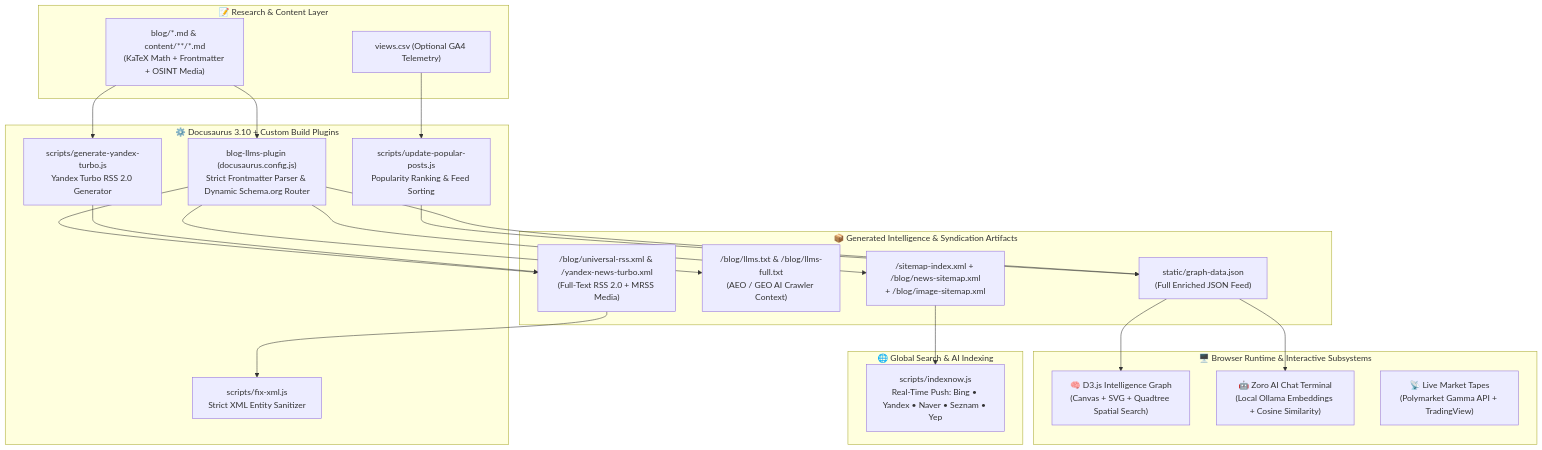
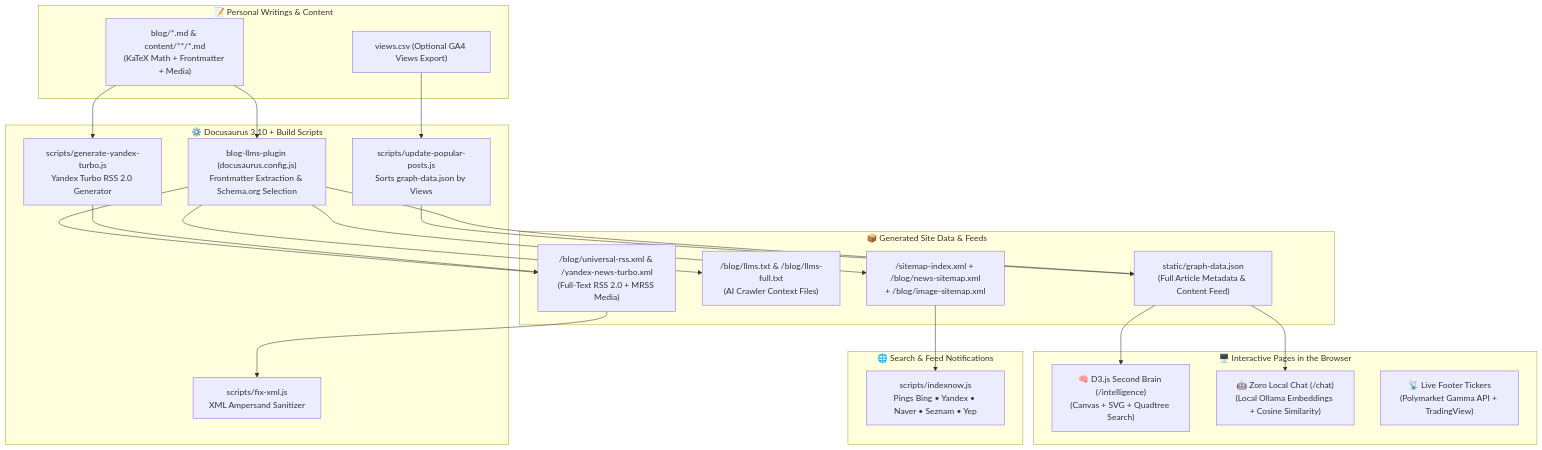
The diagram in README.md (khalid-naami/khalid-naami.github.io), drawn with Mermaid before and after one commit. The commit also changed other lines of this file, not shown here.

````diff
--- a/README.md
+++ b/README.md
@@ -95,44 +95,44 @@
 ```mermaid
 flowchart TD
-    subgraph Content["📝 Research & Content Layer"]
-        MD["blog/*.md & content/**/*.md\n(KaTeX Math + Frontmatter + OSINT Media)"]
-        CSV["views.csv (Optional GA4 Telemetry)"]
+    subgraph Content["📝 Personal Writings & Content"]
+        MD["blog/*.md & content/**/*.md\n(KaTeX Math + Frontmatter + Media)"]
+        CSV["views.csv (Optional GA4 Views Export)"]
     end
 
-    subgraph BuildEngine["⚙️ Docusaurus 3.10 + Custom Build Plugins"]
-        Plugin["blog-llms-plugin (docusaurus.config.js)\nStrict Frontmatter Parser & Dynamic Schema.org Router"]
-        Popular["scripts/update-popular-posts.js\nPopularity Ranking & Feed Sorting"]
+    subgraph BuildEngine["⚙️ Docusaurus 3.10 + Build Scripts"]
+        Plugin["blog-llms-plugin (docusaurus.config.js)\nFrontmatter Extraction & Schema.org Selection"]
+        Popular["scripts/update-popular-posts.js\nSorts graph-data.json by Views"]
         Turbo["scripts/generate-yandex-turbo.js\nYandex Turbo RSS 2.0 Generator"]
-        XMLFix["scripts/fix-xml.js\nStrict XML Entity Sanitizer"]
+        XMLFix["scripts/fix-xml.js\nXML Ampersand Sanitizer"]
     end
 
-    subgraph GeneratedArtifacts["📦 Generated Intelligence & Syndication Artifacts"]
-        GraphJSON["static/graph-data.json\n(Full Enriched JSON Feed)"]
-        LLMsTxt["/blog/llms.txt & /blog/llms-full.txt\n(AEO / GEO AI Crawler Context)"]
+    subgraph GeneratedArtifacts["📦 Generated Site Data & Feeds"]
+        GraphJSON["static/graph-data.json\n(Full Article Metadata & Content Feed)"]
+        LLMsTxt["/blog/llms.txt & /blog/llms-full.txt\n(AI Crawler Context Files)"]
         RSS["/blog/universal-rss.xml & /yandex-news-turbo.xml\n(Full-Text RSS 2.0 + MRSS Media)"]
         Sitemaps["/sitemap-index.xml + /blog/news-sitemap.xml\n+ /blog/image-sitemap.xml"]
     end
 
-    subgraph ClientRuntime["🖥️ Browser Runtime & Interactive Subsystems"]
-        Brain["🧠 D3.js Intelligence Graph\n(Canvas + SVG + Quadtree Spatial Search)"]
-        RAG["🤖 Zoro AI Chat Terminal\n(Local Ollama Embeddings + Cosine Similarity)"]
-        Tapes["📡 Live Market Tapes\n(Polymarket Gamma API + TradingView)"]
+    subgraph BrowserRuntime["🖥️ Interactive Pages in the Browser"]
+        Brain["🧠 D3.js Second Brain (/intelligence)\n(Canvas + SVG + Quadtree Search)"]
+        RAG["🤖 Zoro Local Chat (/chat)\n(Local Ollama Embeddings + Cosine Similarity)"]
+        Tapes["📡 Live Footer Tickers\n(Polymarket Gamma API + TradingView)"]
     end
 
-    subgraph Syndication["🌐 Global Search & AI Indexing"]
-        IndexNow["scripts/indexnow.js\nReal-Time Push: Bing • Yandex • Naver • Seznam • Yep"]
+    subgraph Indexing["🌐 Search & Feed Notifications"]
+        IndexNow["scripts/indexnow.js\nPings Bing • Yandex • Naver • Seznam • Yep"]
     end
 
     MD --> Plugin
     CSV --> Popular
     Popular --> GraphJSON
     Plugin --> GraphJSON
     Plugin --> LLMsTxt
     Plugin --> RSS
     Plugin --> Sitemaps
     MD --> Turbo --> RSS
     RSS --> XMLFix
     GraphJSON --> Brain
     GraphJSON --> RAG
     Sitemaps --> IndexNow
 ```
````
